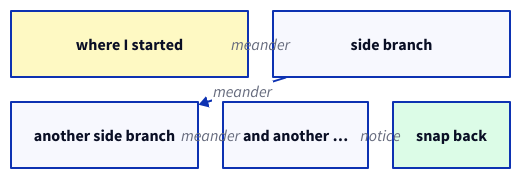
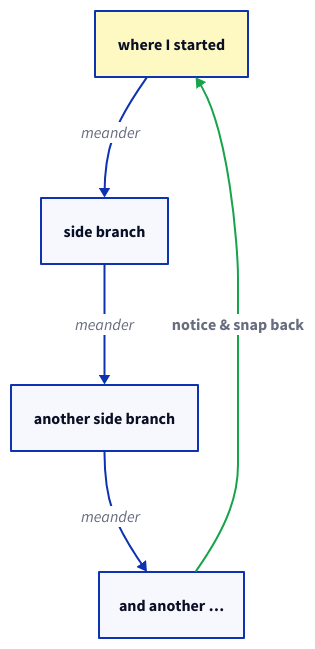
The diagram in docs/guide/lua-filters/diagrams.md (srid/emanote), drawn with D2 before and after one commit. The commit also changed 1 other file, not shown here.

Commit message:
docs(diagrams): make d2 meander an actual chain with snap-back to root
The grid layout I used previously read as a 2×3 matrix, not as the
'thought wanders deeper and deeper, then snaps back' shape Richard
describes. Use `direction: down` so dagre lays out the chain
top-to-bottom (root → side branch → another → and another …), and
route the `notice & snap back` edge from the deepest leaf back to
`root` instead of to a separate terminal node. The arc visually
closes the meander loop, which is the whole point of the exercise.

Fixture mirrors the same shape (3-deep chain + snap-back).

````diff
--- a/docs/guide/lua-filters/diagrams.md
+++ b/docs/guide/lua-filters/diagrams.md
@@ -59,15 +59,14 @@
 ```d2
-grid-rows: 2
-grid-gap: 25
+direction: down
 
-start: "where I started" {style.fill: "#fef9c3"}
+root: "where I started" {style.fill: "#fef9c3"}
 b1: "side branch"
 b2: "another side branch"
 b3: "and another …"
-back: "snap back" {style.fill: "#dcfce7"; style.bold: true}
 
-start -> b1: meander
+root -> b1: meander
 b1 -> b2: meander
 b2 -> b3: meander
-b3 -> back: notice
+
+b3 -> root: "notice & snap back" {style.bold: true; style.stroke: "#16a34a"}
 ```
````
